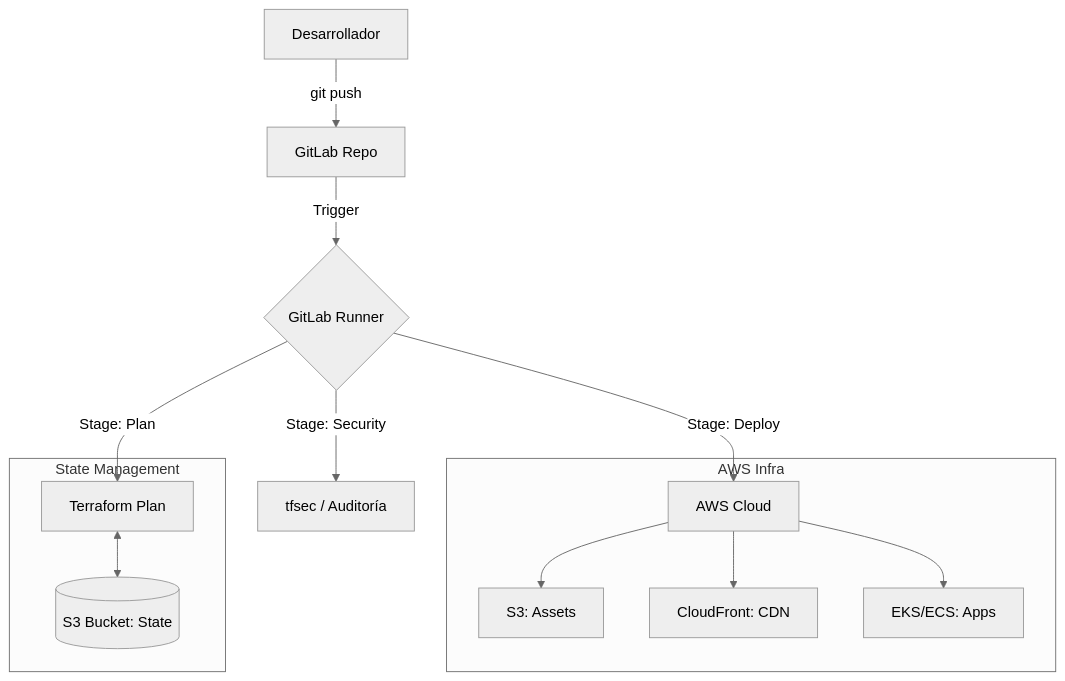
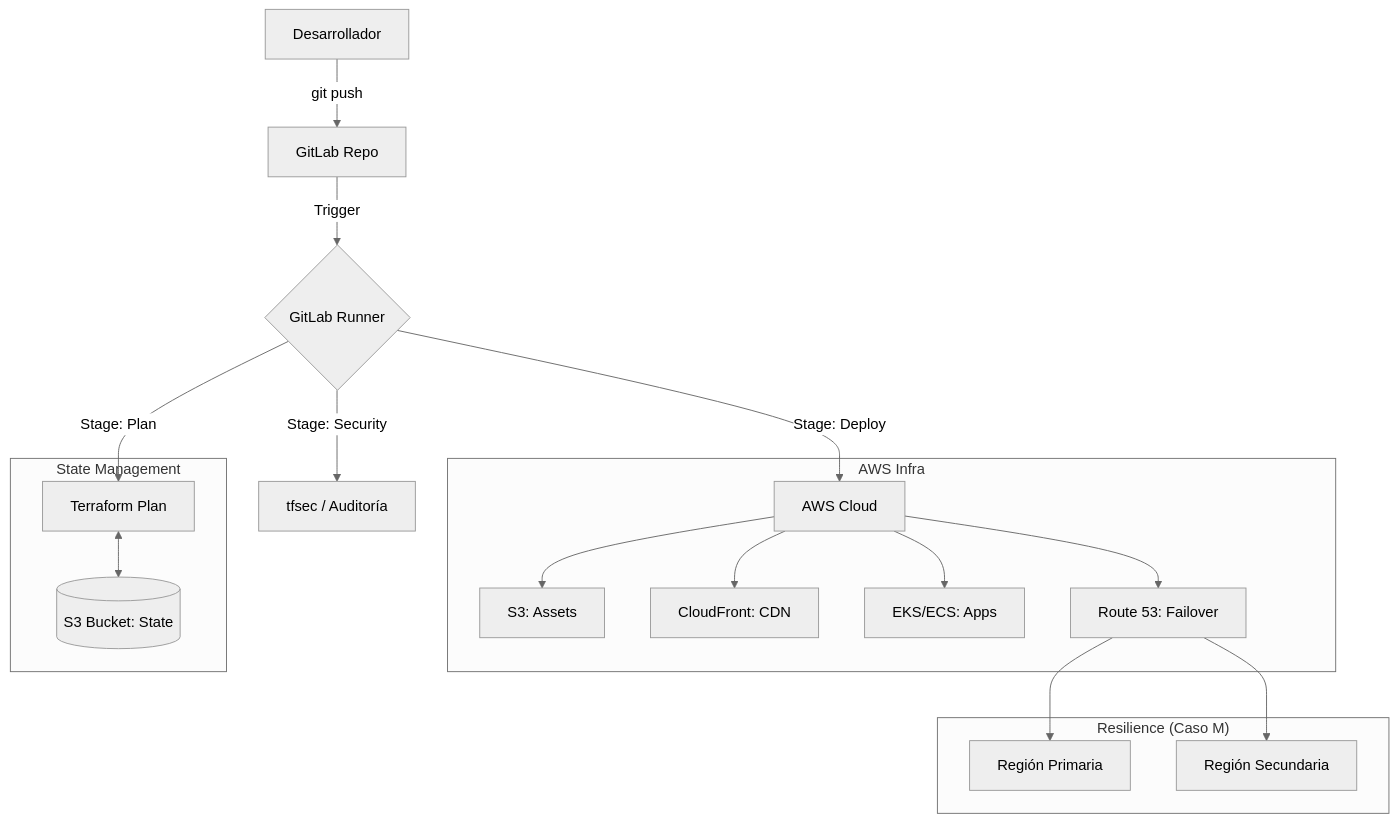
The diagram in docs/ARCHITECTURE.md (vladimiracunadev-create/proyectos-aws), drawn with Mermaid (neutral theme) before and after one commit. The commit also changed other lines of this file and 1 other file, not shown here.

First line of the commit message:
docs: integrar Caso M, Job Splitting e hitos de arquitectura en CHANGELOG y documentos globales

````diff
--- a/docs/ARCHITECTURE.md
+++ b/docs/ARCHITECTURE.md
@@ -11,18 +11,24 @@
 ```mermaid
 graph TD
     A[Desarrollador] -->|git push| B[GitLab Repo]
     B -->|Trigger| C{GitLab Runner}
     C -->|Stage: Security| D[tfsec / Auditoría]
     C -->|Stage: Plan| E[Terraform Plan]
     C -->|Stage: Deploy| F[AWS Cloud]
     
     subgraph "AWS Infra"
     F --> G[S3: Assets]
     F --> H[CloudFront: CDN]
     F --> I[EKS/ECS: Apps]
+    F --> K[Route 53: Failover]
+    end
+    
+    subgraph "Resilience (Caso M)"
+    K --> L[Región Primaria]
+    K --> M[Región Secundaria]
     end
     
     subgraph "State Management"
     E <--> J[(S3 Bucket: State)]
     end
 ```
````
